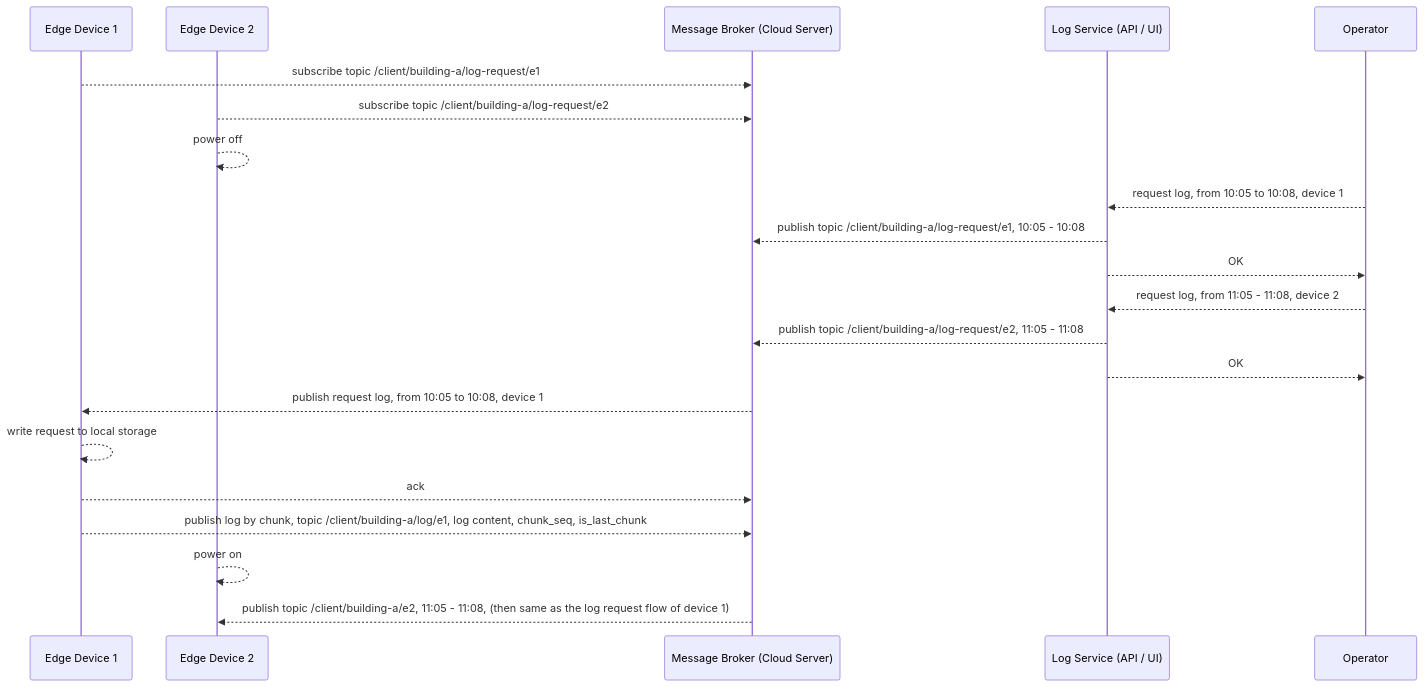
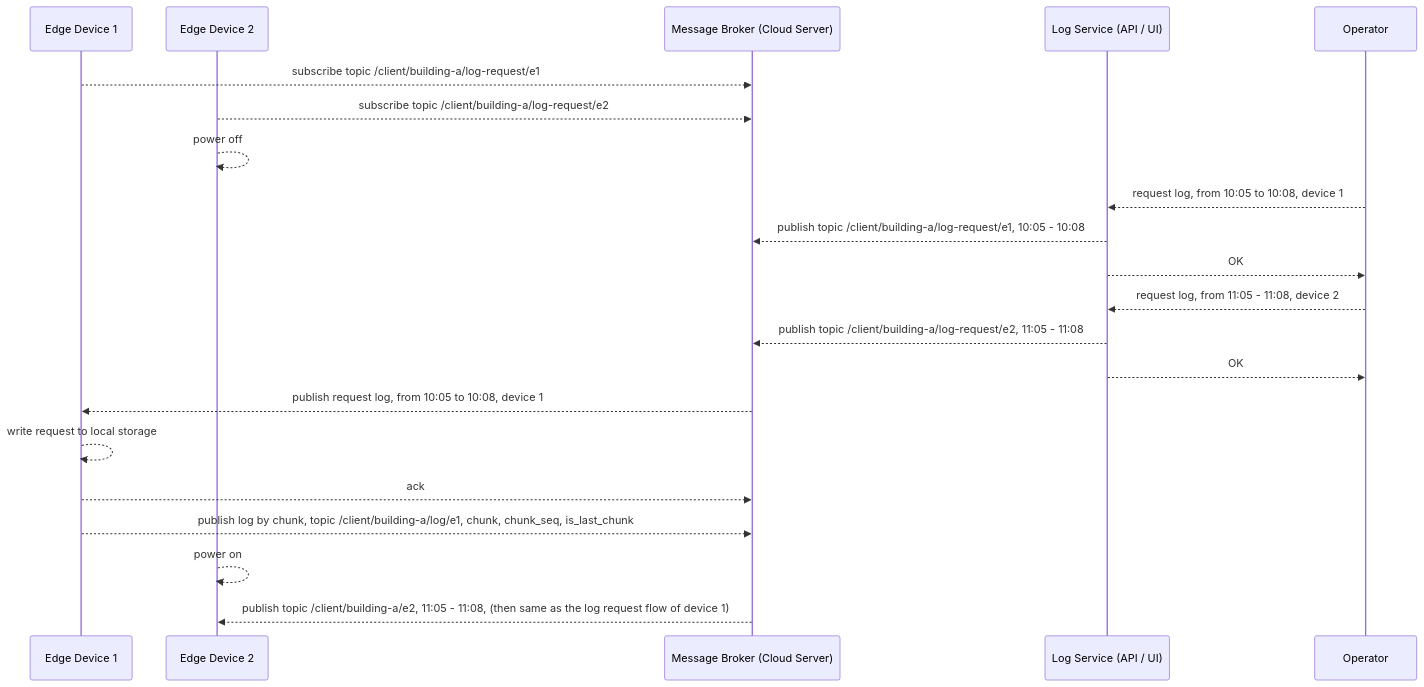
The diagram in _posts/2024-09-17-iot-log-retrieval.md (kan01234/post), drawn with Mermaid before and after one commit. The commit also changed other lines of this file, not shown here.

```diff
--- a/_posts/2024-09-17-iot-log-retrieval.md
+++ b/_posts/2024-09-17-iot-log-retrieval.md
@@ -253,24 +253,24 @@
 <div class="mermaid">
 sequenceDiagram
     participant e1 as Edge Device 1
     participant e2 as Edge Device 2
     participant b as Message Broker (Cloud Server)
     participant a as Log Service (API / UI)
     participant o as Operator
 
     e1 -->> b: subscribe topic /client/building-a/log-request/e1
     e2 -->> b: subscribe topic /client/building-a/log-request/e2
     e2 -->> e2: power off
     o -->> a: request log, from 10:05 to 10:08, device 1
     a -->> b: publish topic /client/building-a/log-request/e1, 10:05 - 10:08
     a -->> o: OK
     o -->> a: request log, from 11:05 - 11:08, device 2
     a -->> b: publish topic /client/building-a/log-request/e2, 11:05 - 11:08
     a -->> o: OK
     b -->> e1: publish request log, from 10:05 to 10:08, device 1
     e1 -->> e1: write request to local storage
     e1 -->> b: ack
-    e1 -->> b: publish log by chunk, topic /client/building-a/log/e1, log content, chunk_seq, is_last_chunk
+    e1 -->> b: publish log by chunk, topic /client/building-a/log/e1, chunk, chunk_seq, is_last_chunk
     e2 -->> e2: power on
     b -->> e2: publish topic /client/building-a/e2, 11:05 - 11:08, (then same as the log request flow of device 1)
 </div>
```
